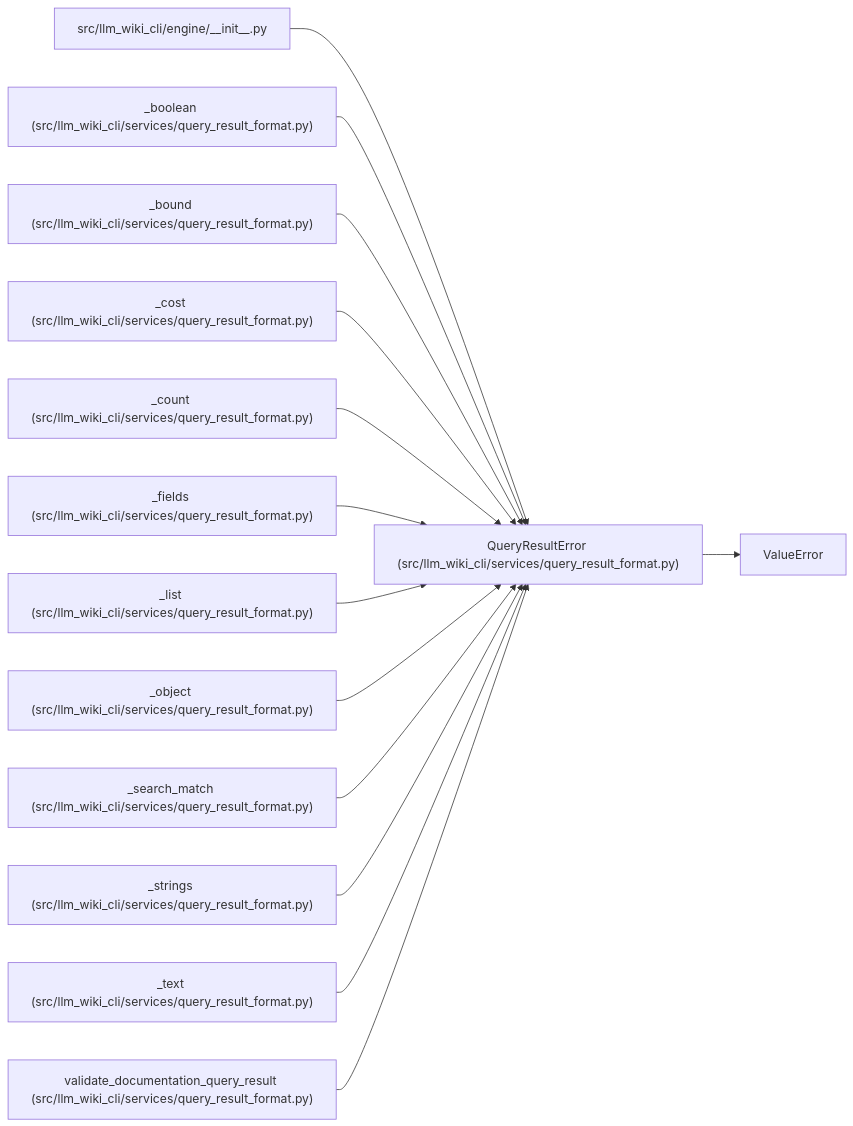
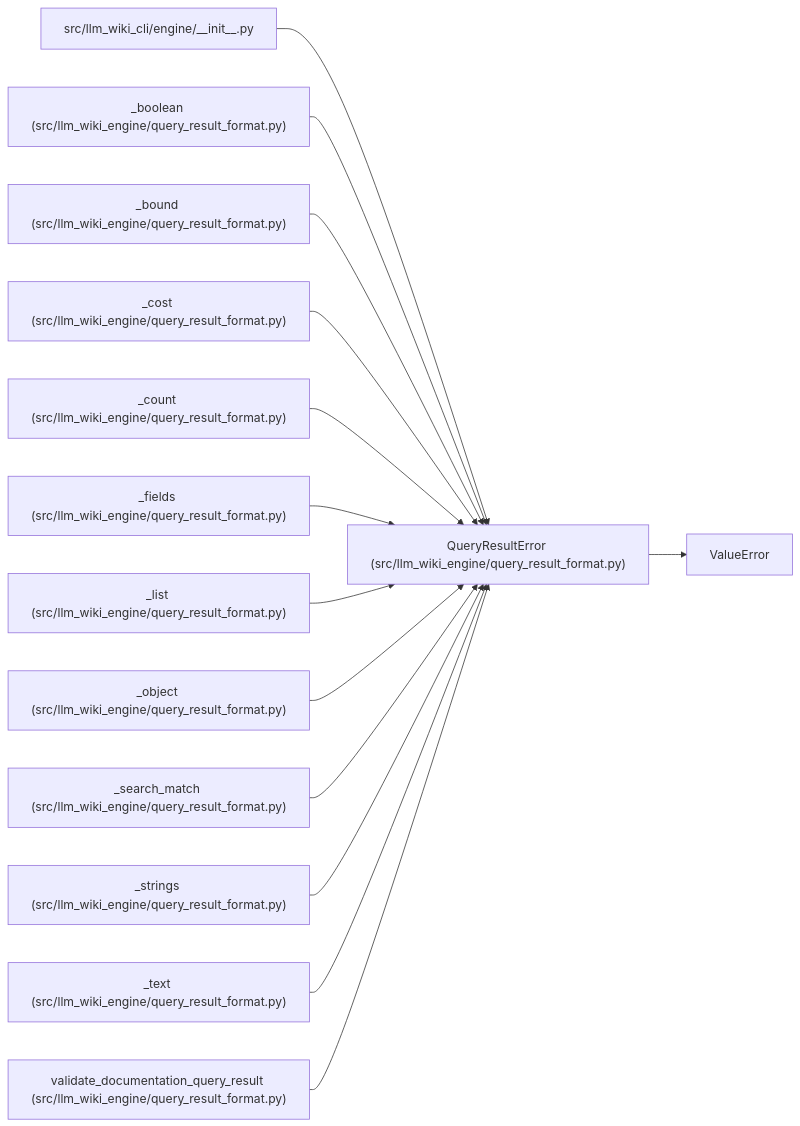
Before and after one commit to Denissvgn/python-wiki-llm: the diagram in docs/llm_wiki/entities/QueryResultError.md, drawn with Mermaid. The commit also changed other lines of this file and 1103 other files, not shown here.

First line of the commit message:
docs: refresh the wiki for the llm-wiki-engine distribution

````diff
--- a/docs/llm_wiki/entities/QueryResultError.md
+++ b/docs/llm_wiki/entities/QueryResultError.md
@@ -23,43 +23,43 @@
 ```mermaid
 flowchart LR
-    n0["QueryResultError (src/llm_wiki_cli/services/query_result_format.py)"]
+    n0["QueryResultError (src/llm_wiki_engine/query_result_format.py)"]
     n1["ValueError"]
     n2["src/llm_wiki_cli/engine/__init__.py"]
-    n3["_boolean (src/llm_wiki_cli/services/query_result_format.py)"]
-    n4["_bound (src/llm_wiki_cli/services/query_result_format.py)"]
-    n5["_cost (src/llm_wiki_cli/services/query_result_format.py)"]
-    n6["_count (src/llm_wiki_cli/services/query_result_format.py)"]
-    n7["_fields (src/llm_wiki_cli/services/query_result_format.py)"]
-    n8["_list (src/llm_wiki_cli/services/query_result_format.py)"]
-    n9["_object (src/llm_wiki_cli/services/query_result_format.py)"]
-    n10["_search_match (src/llm_wiki_cli/services/query_result_format.py)"]
-    n11["_strings (src/llm_wiki_cli/services/query_result_format.py)"]
-    n12["_text (src/llm_wiki_cli/services/query_result_format.py)"]
-    n13["validate_documentation_query_result (src/llm_wiki_cli/services/query_result_format.py)"]
+    n3["_boolean (src/llm_wiki_engine/query_result_format.py)"]
+    n4["_bound (src/llm_wiki_engine/query_result_format.py)"]
+    n5["_cost (src/llm_wiki_engine/query_result_format.py)"]
+    n6["_count (src/llm_wiki_engine/query_result_format.py)"]
+    n7["_fields (src/llm_wiki_engine/query_result_format.py)"]
+    n8["_list (src/llm_wiki_engine/query_result_format.py)"]
+    n9["_object (src/llm_wiki_engine/query_result_format.py)"]
+    n10["_search_match (src/llm_wiki_engine/query_result_format.py)"]
+    n11["_strings (src/llm_wiki_engine/query_result_format.py)"]
+    n12["_text (src/llm_wiki_engine/query_result_format.py)"]
+    n13["validate_documentation_query_result (src/llm_wiki_engine/query_result_format.py)"]
     n0 --> n1
     n2 --> n0
     n3 --> n0
     n4 --> n0
     n5 --> n0
     n6 --> n0
     n7 --> n0
     n8 --> n0
     n9 --> n0
     n10 --> n0
     n11 --> n0
     n12 --> n0
     n13 --> n0
     click n0 "../modules/query_result_format.md"
     click n2 "../modules/engine___init__.md"
     click n3 "../modules/query_result_format.md"
     click n4 "../modules/query_result_format.md"
     click n5 "../modules/query_result_format.md"
     click n6 "../modules/query_result_format.md"
     click n7 "../modules/query_result_format.md"
     click n8 "../modules/query_result_format.md"
     click n9 "../modules/query_result_format.md"
     click n10 "../modules/query_result_format.md"
     click n11 "../modules/query_result_format.md"
     click n12 "../modules/query_result_format.md"
     click n13 "../modules/query_result_format.md"
 ```
````
